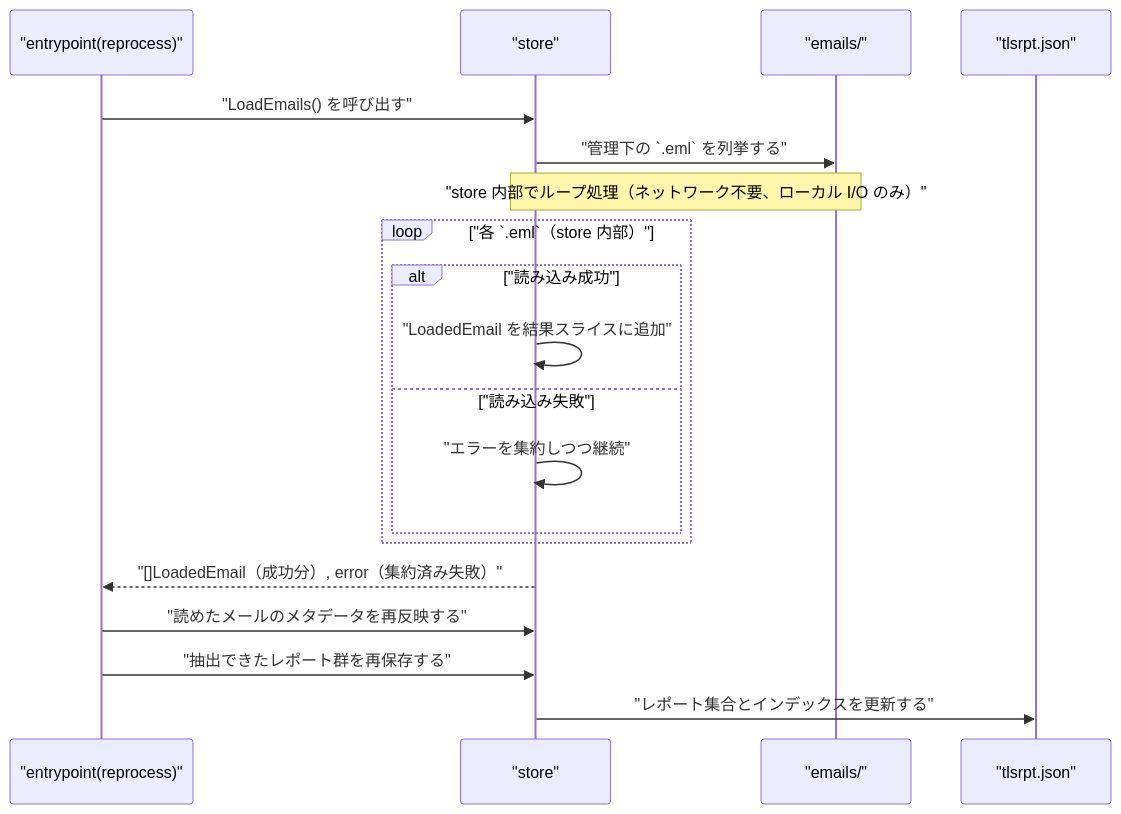
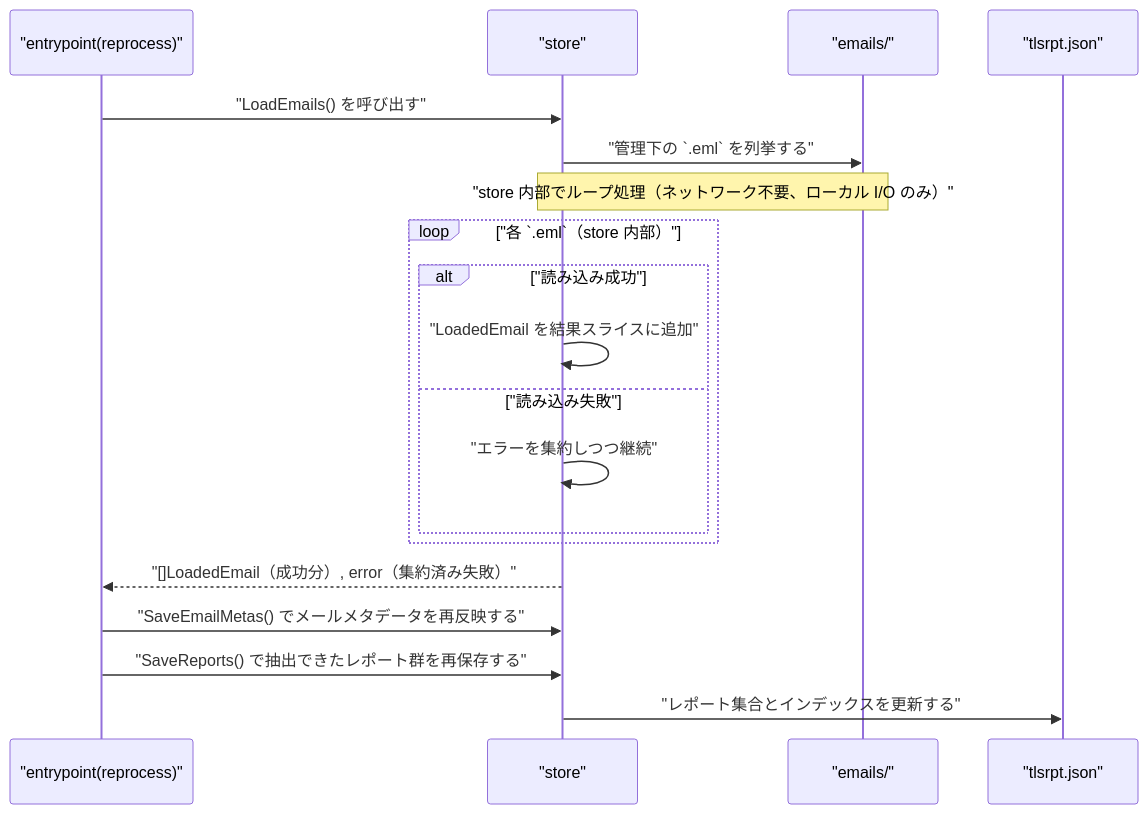
One commit to isseis/tlsrpt-digest changed diagram 11 of 15 in docs/tasks/0040_store/02_architecture.md. Above: the diagram before and after it, drawn with Mermaid. The commit also changed other lines of this file, not shown here.

First line of the commit message:
docs(store/arch): clarity pass — legend, flowchart, labels, API names

````diff
--- a/docs/tasks/0040_store/02_architecture.md
+++ b/docs/tasks/0040_store/02_architecture.md
@@ -424,22 +430,22 @@
 ```mermaid
 sequenceDiagram
     participant EP as "entrypoint(reprocess)"
     participant ST as "store"
     participant EF as "emails/"
     participant DF as "tlsrpt.json"
 
     EP->>ST: "LoadEmails() を呼び出す"
     ST->>EF: "管理下の `.eml` を列挙する"
     Note over ST,EF: "store 内部でループ処理（ネットワーク不要、ローカル I/O のみ）"
     loop "各 `.eml`（store 内部）"
         alt "読み込み成功"
             ST->>ST: "LoadedEmail を結果スライスに追加"
         else "読み込み失敗"
             ST->>ST: "エラーを集約しつつ継続"
         end
     end
     ST-->>EP: "[]LoadedEmail（成功分）, error（集約済み失敗）"
-    EP->>ST: "読めたメールのメタデータを再反映する"
-    EP->>ST: "抽出できたレポート群を再保存する"
+    EP->>ST: "SaveEmailMetas() でメールメタデータを再反映する"
+    EP->>ST: "SaveReports() で抽出できたレポート群を再保存する"
     ST->>DF: "レポート集合とインデックスを更新する"
 ```
````
